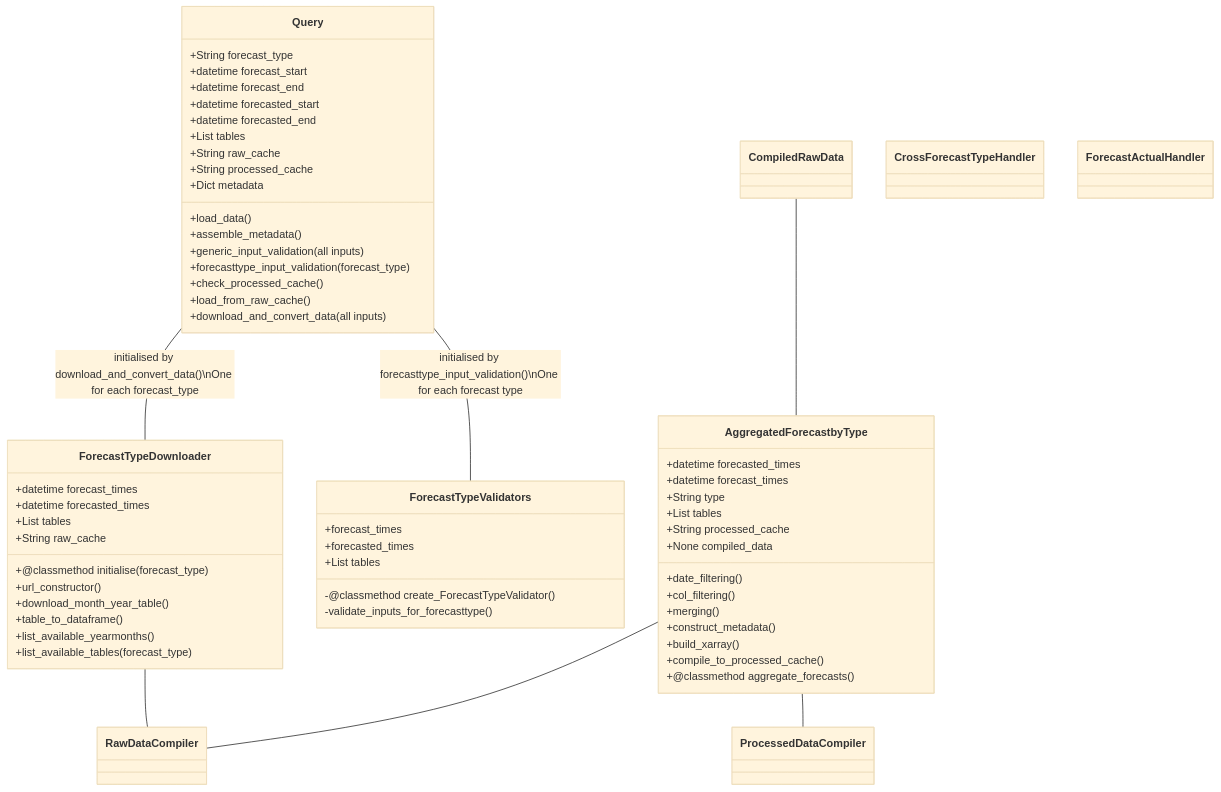
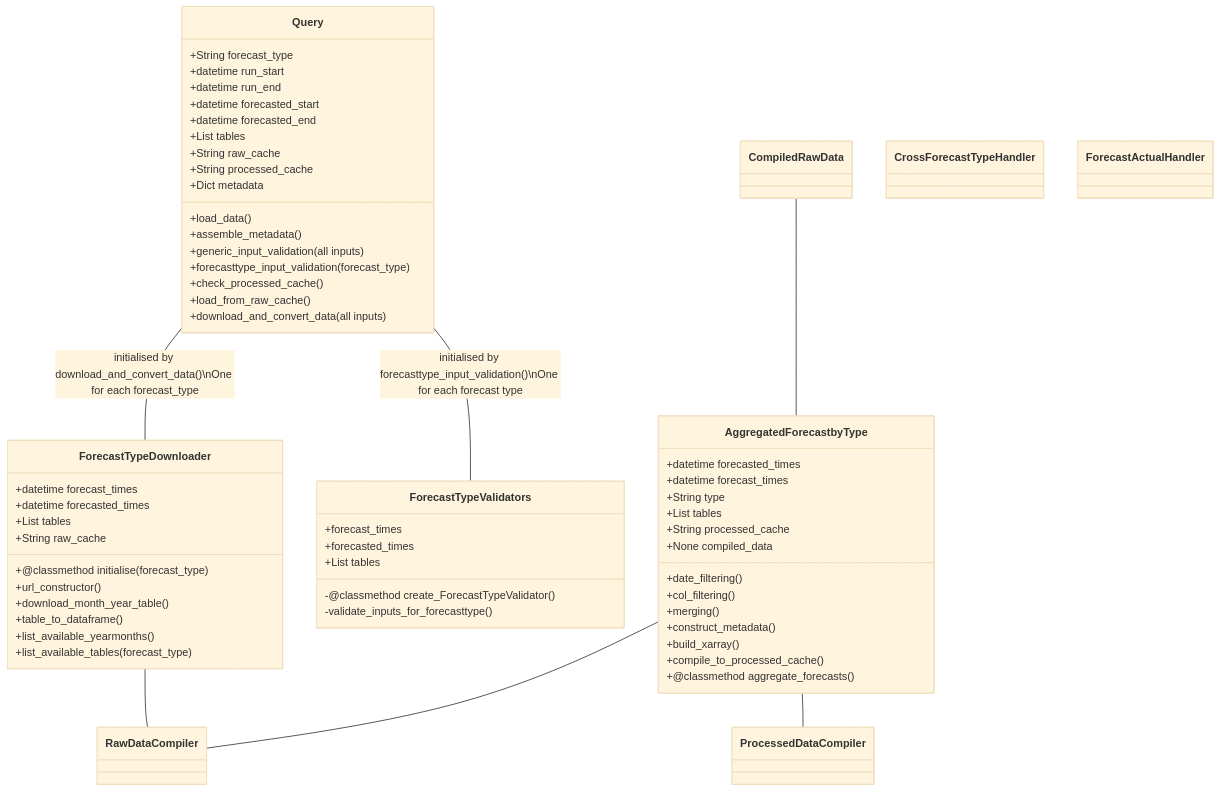
The diagram in ROADMAP.md (UNSW-CEEM/NEMSEER), drawn with Mermaid (base theme) before and after one commit. The commit also changed 10 other files, not shown here.

Commit message:
rename forecast_start/end to run_start/end

````diff
--- a/ROADMAP.md
+++ b/ROADMAP.md
@@ -34,75 +34,75 @@
 ```mermaid
 classDiagram
 
     class Query{
       +String forecast_type
-      +datetime forecast_start
-      +datetime forecast_end
+      +datetime run_start
+      +datetime run_end
       +datetime forecasted_start
       +datetime forecasted_end
       +List tables
       +String raw_cache
       +String processed_cache
       +Dict metadata
       +load_data()
       +assemble_metadata()
       +generic_input_validation(all inputs)
       +forecasttype_input_validation(forecast_type)
       +check_processed_cache()
       +load_from_raw_cache()
       +download_and_convert_data(all inputs)
     }
 
     class ForecastTypeDownloader{
       +datetime forecast_times
       +datetime forecasted_times
       +List tables
       +String raw_cache
       +@classmethod initialise(forecast_type)
       +url_constructor()
       +download_month_year_table()
       +table_to_dataframe()
       +list_available_yearmonths()
       +list_available_tables(forecast_type)
     }
     class ForecastTypeValidators{
       +forecast_times
       +forecasted_times
       +List tables
       -@classmethod create_ForecastTypeValidator()
       -validate_inputs_for_forecasttype()
     }
 
     class AggregatedForecastbyType{
       +datetime forecasted_times
       +datetime forecast_times
       +String type
       +List tables
       +String processed_cache
       +None compiled_data
       +date_filtering()
       +col_filtering()
       +merging()
       +construct_metadata()
       +build_xarray()
       +compile_to_processed_cache()
       +@classmethod aggregate_forecasts()
     }
 
     class RawDataCompiler{
 
     }
     class ProcessedDataCompiler{
 
     }
 
     Query -- ForecastTypeValidators :initialised by forecasttype_input_validation()\nOne for each forecast type
     Query -- ForecastTypeDownloader :initialised by download_and_convert_data()\nOne for each forecast_type
     ForecastTypeDownloader -- RawDataCompiler
     CompiledRawData -- AggregatedForecastbyType
     AggregatedForecastbyType -- RawDataCompiler
     AggregatedForecastbyType -- ProcessedDataCompiler
     class CrossForecastTypeHandler
 
     class ForecastActualHandler
 ```
````
